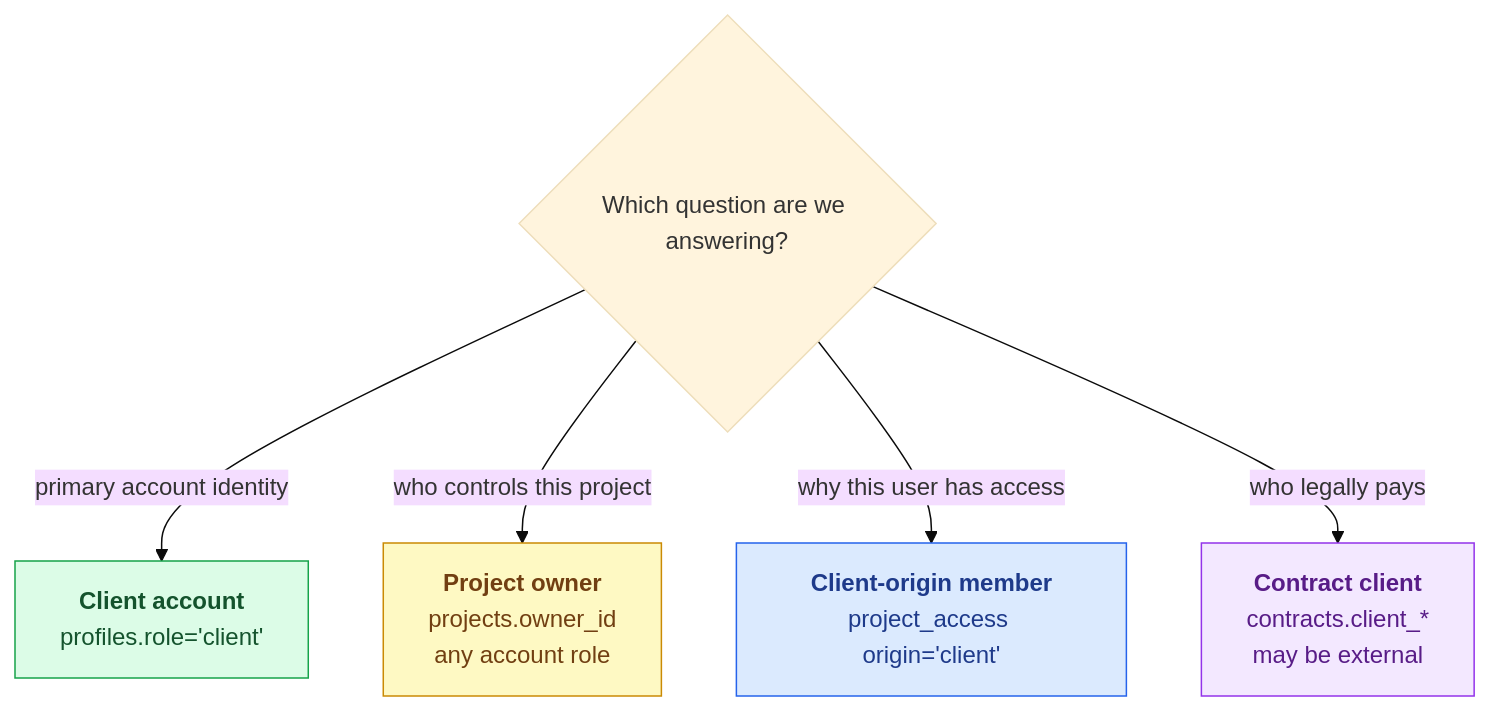
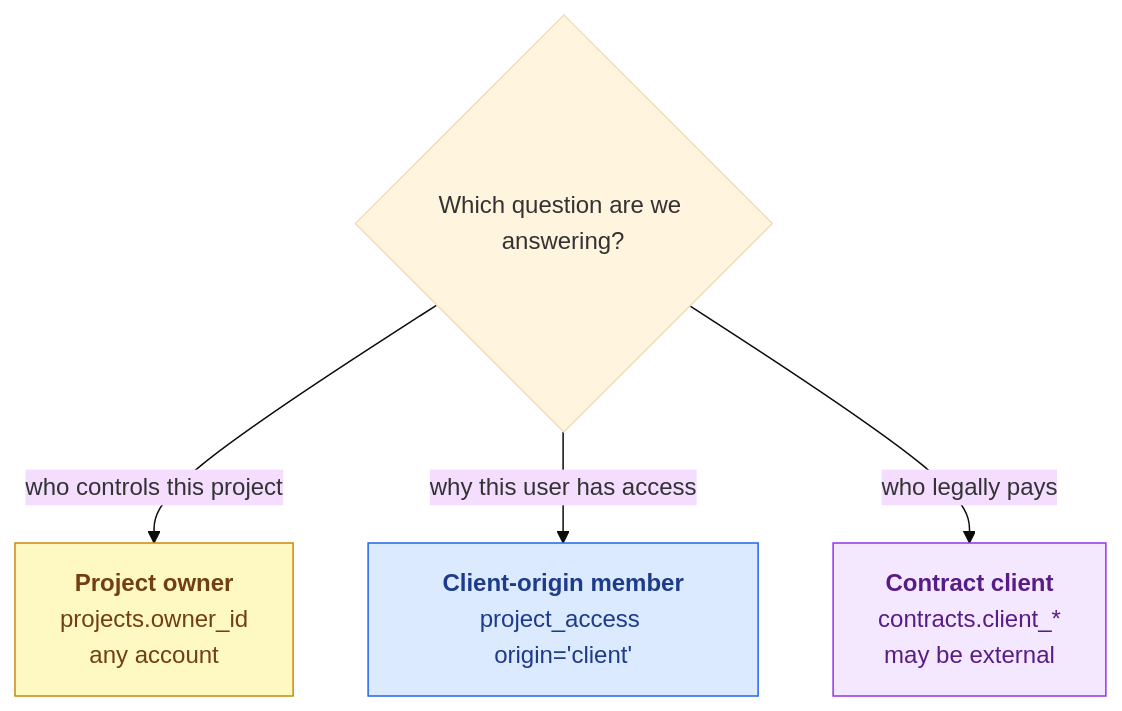
Before and after one commit to DavidBatoDev/proyekto: the first of 2 diagrams in docs/11-domains/clients/client-structure.md, drawn with Mermaid (base theme). The commit also changed other lines of this file and 34 other files, not shown here.

First line of the commit message:
docs: update sections 00-12 and CLAUDE.md for the account-role deletion

````diff
--- a/docs/11-domains/clients/client-structure.md
+++ b/docs/11-domains/clients/client-structure.md
@@ -14,13 +16,11 @@
 ```mermaid
 flowchart TD
     Q{Which question are we answering?}
-    Q -->|primary account identity| A["<b>Client account</b><br/>profiles.role='client'"]
-    Q -->|who controls this project| B["<b>Project owner</b><br/>projects.owner_id<br/>any account role"]
+    Q -->|who controls this project| B["<b>Project owner</b><br/>projects.owner_id<br/>any account"]
     Q -->|why this user has access| C["<b>Client-origin member</b><br/>project_access origin='client'"]
     Q -->|who legally pays| D["<b>Contract client</b><br/>contracts.client_*<br/>may be external"]
 
-    style A fill:#dcfce7,stroke:#16a34a,color:#14532d
     style B fill:#fef9c3,stroke:#ca8a04,color:#713f12
     style C fill:#dbeafe,stroke:#2563eb,color:#1e3a8a
     style D fill:#f3e8ff,stroke:#9333ea,color:#581c87
 ```
````
